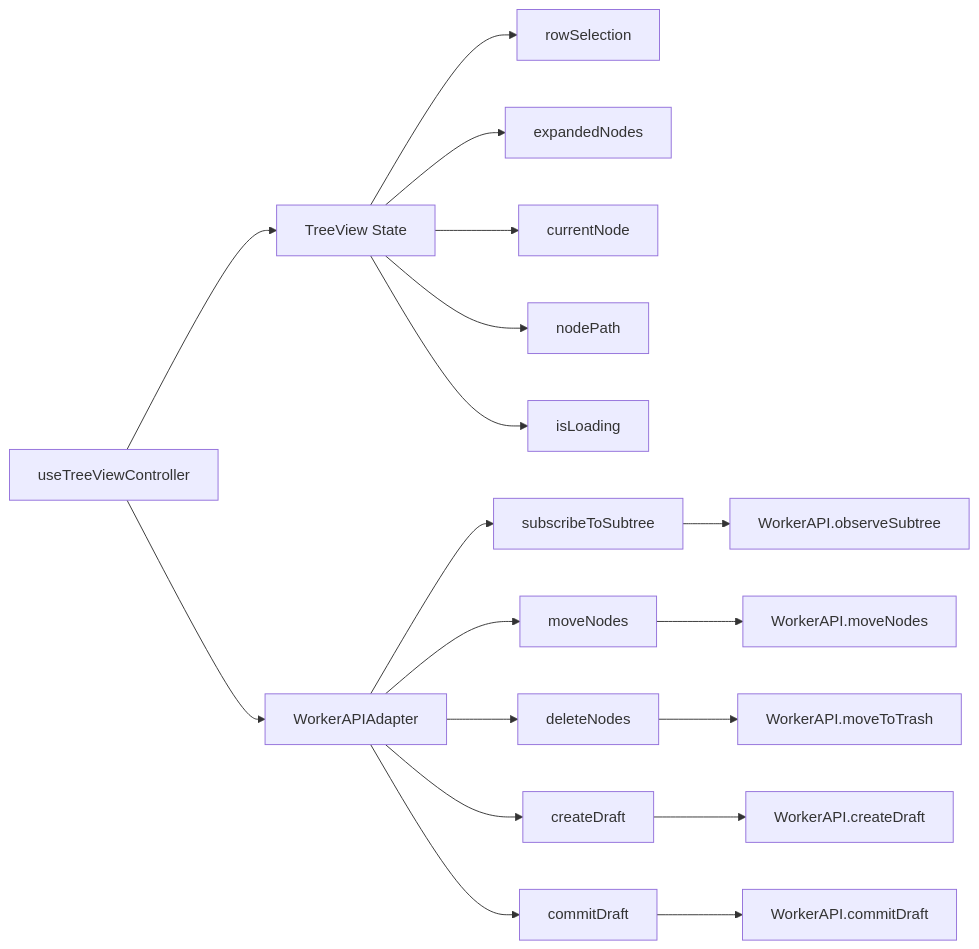
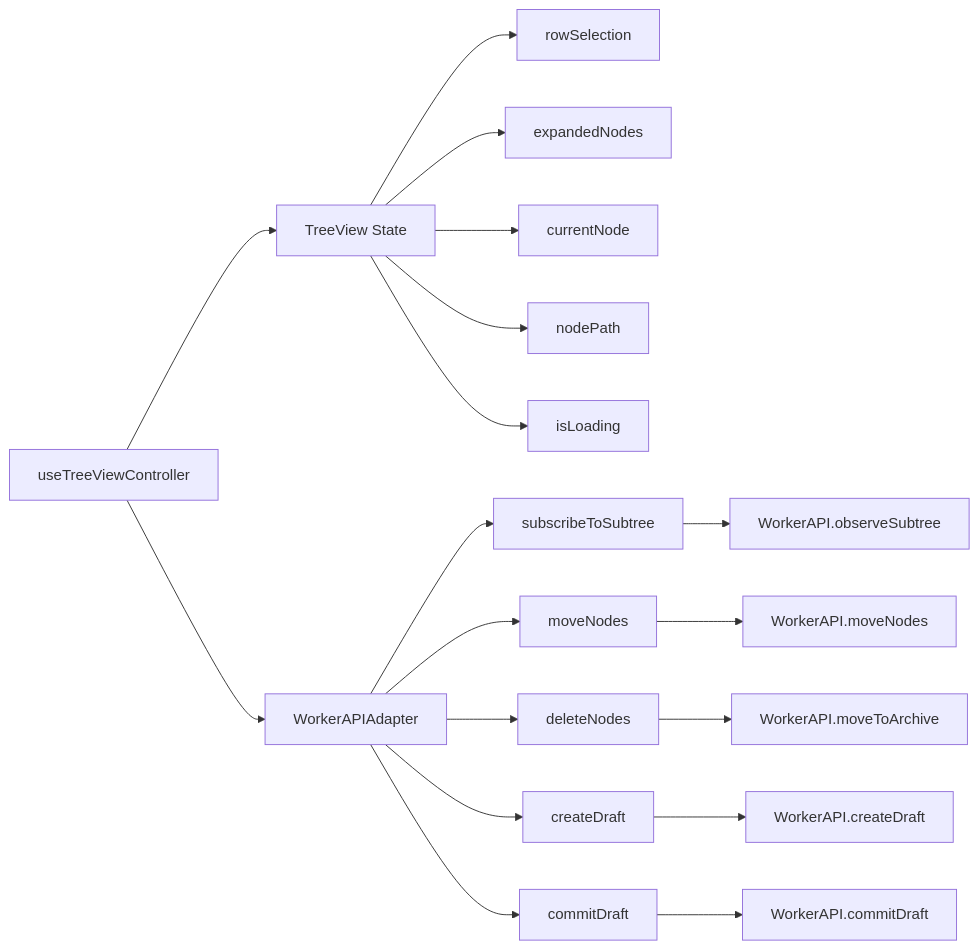
Before and after one commit to kubohiroya/hierarchidb: the fourth of 8 diagrams in docs/deprecated/REPORT/design/treeconsole-migration/dataflow.md, drawn with Mermaid. The commit also changed 228 other files, not shown here.

Commit message:
refactor: rename 'trash' to 'archive' for improved terminology consistency

````diff
--- a/docs/deprecated/REPORT/design/treeconsole-migration/dataflow.md
+++ b/docs/deprecated/REPORT/design/treeconsole-migration/dataflow.md
@@ -87,23 +87,23 @@
 ```mermaid
 flowchart LR
     A[useTreeViewController] --> B[TreeView State]
     A --> C[WorkerAPIAdapter]
     
     B --> B1[rowSelection]
     B --> B2[expandedNodes]
     B --> B3[currentNode]
     B --> B4[nodePath]
     B --> B5[isLoading]
     
     C --> C1[subscribeToSubtree]
     C --> C2[moveNodes]
     C --> C3[deleteNodes]
     C --> C4[createDraft]
     C --> C5[commitDraft]
     
     C1 --> D[WorkerAPI.observeSubtree]
     C2 --> E[WorkerAPI.moveNodes]
-    C3 --> F[WorkerAPI.moveToTrash]
+    C3 --> F[WorkerAPI.moveToArchive]
     C4 --> G[WorkerAPI.createDraft]
     C5 --> H[WorkerAPI.commitDraft]
 ```
````
